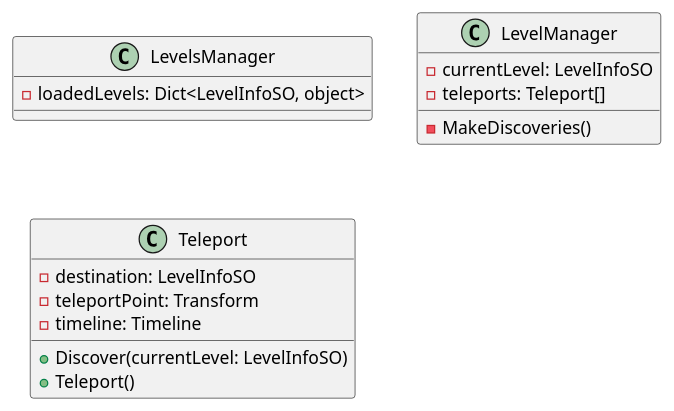
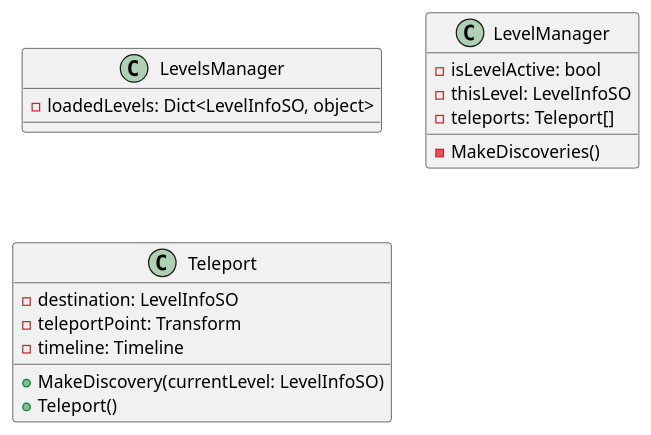
The diagram in Assets/Schematics/TimePlatformChange/classes.pu (AGH-Code-Industry/czasoport), drawn with PlantUML before and after one commit. The commit also changed 1 other file, not shown here.

```diff
--- a/Assets/Schematics/TimePlatformChange/classes.pu
+++ b/Assets/Schematics/TimePlatformChange/classes.pu
@@ -1,23 +1,24 @@
 @startuml
 
 class LevelsManager {
  - loadedLevels: Dict<LevelInfoSO, object>
 }
 
 class LevelManager {
- - currentLevel: LevelInfoSO
+ - isLevelActive: bool
+ - thisLevel: LevelInfoSO
  - teleports: Teleport[]
  
  - MakeDiscoveries()
 }
 
 class Teleport {
  - destination: LevelInfoSO
  - teleportPoint: Transform
  - timeline: Timeline
 
- + Discover(currentLevel: LevelInfoSO)
+ + MakeDiscovery(currentLevel: LevelInfoSO)
  + Teleport()
 }
 
 @enduml
```
